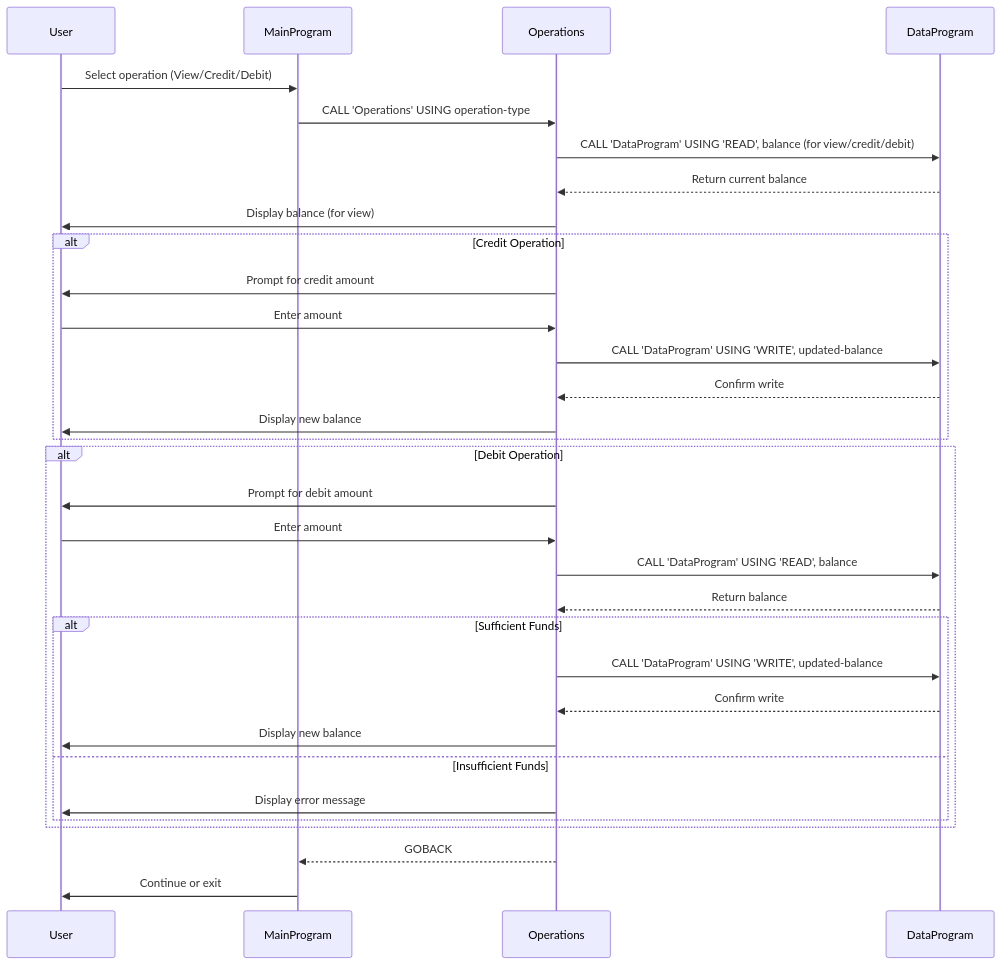
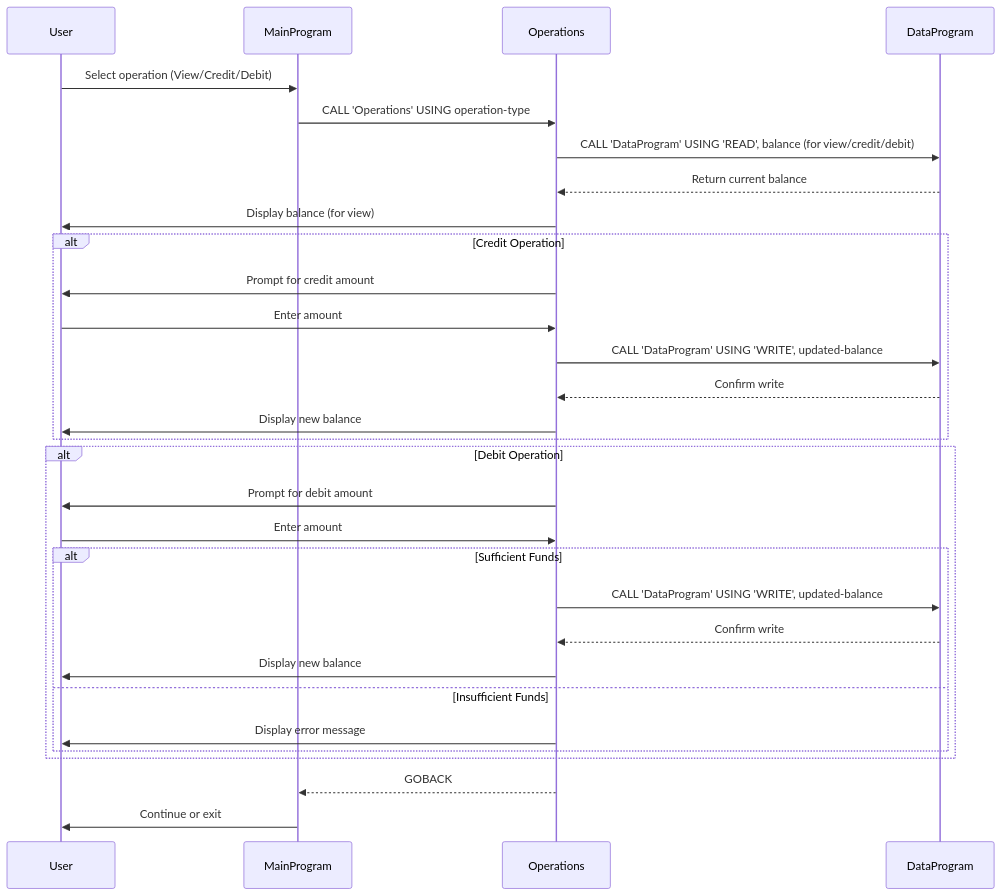
The diagram in README.md (Prachi-sec/skills-modernize-your-legacy-code-with-github-copilot), drawn with Mermaid before and after one commit. The commit also changed other lines of this file, not shown here.

````diff
--- a/README.md
+++ b/README.md
@@ -19,38 +19,36 @@
 ```mermaid
 sequenceDiagram
     participant User
     participant MainProgram
     participant Operations
     participant DataProgram
 
     User->>MainProgram: Select operation (View/Credit/Debit)
     MainProgram->>Operations: CALL 'Operations' USING operation-type
     Operations->>DataProgram: CALL 'DataProgram' USING 'READ', balance (for view/credit/debit)
     DataProgram-->>Operations: Return current balance
     Operations->>User: Display balance (for view)
     
     alt Credit Operation
         Operations->>User: Prompt for credit amount
         User->>Operations: Enter amount
         Operations->>DataProgram: CALL 'DataProgram' USING 'WRITE', updated-balance
         DataProgram-->>Operations: Confirm write
         Operations->>User: Display new balance
     end
     
     alt Debit Operation
         Operations->>User: Prompt for debit amount
         User->>Operations: Enter amount
-        Operations->>DataProgram: CALL 'DataProgram' USING 'READ', balance
-        DataProgram-->>Operations: Return balance
         alt Sufficient Funds
             Operations->>DataProgram: CALL 'DataProgram' USING 'WRITE', updated-balance
             DataProgram-->>Operations: Confirm write
             Operations->>User: Display new balance
         else Insufficient Funds
             Operations->>User: Display error message
         end
     end
     
     Operations-->>MainProgram: GOBACK
     MainProgram->>User: Continue or exit
 ```
````
